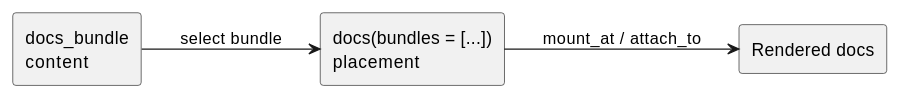
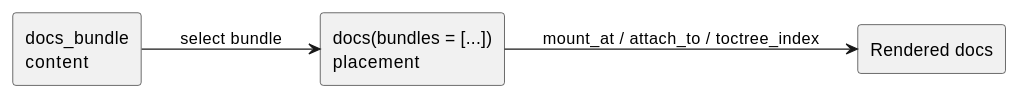
Before and after one commit to etas-contrib/score_docs-as-code: the diagram in docs/how-to/bundles/index.rst, drawn with PlantUML. The commit also changed other lines of this file and 13 other files, not shown here.

Commit message:
feat: support toctree_index parameter (#844)

```diff
--- a/docs/how-to/bundles/index.rst
+++ b/docs/how-to/bundles/index.rst
@@ -77,10 +79,10 @@
 .. plantuml::
 
    @startuml
    left to right direction
    rectangle "docs_bundle\ncontent" as bundle
    rectangle "docs(bundles = [...])\nplacement" as docs
    rectangle "Rendered docs" as output
    bundle --> docs : select bundle
-   docs --> output : mount_at / attach_to
+   docs --> output : mount_at / attach_to / toctree_index
    @enduml
```
